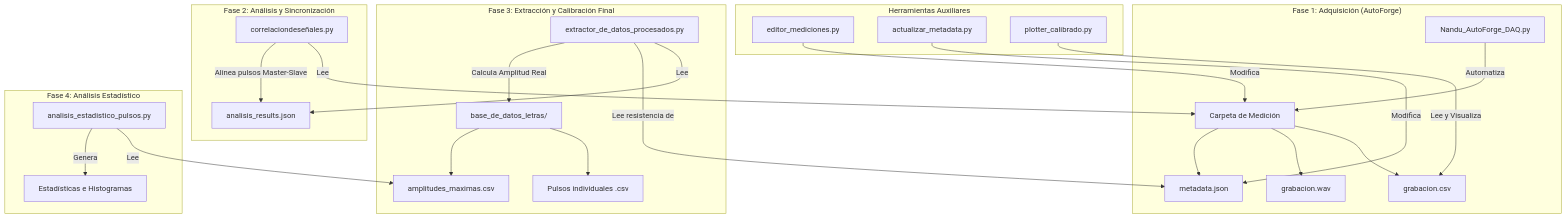
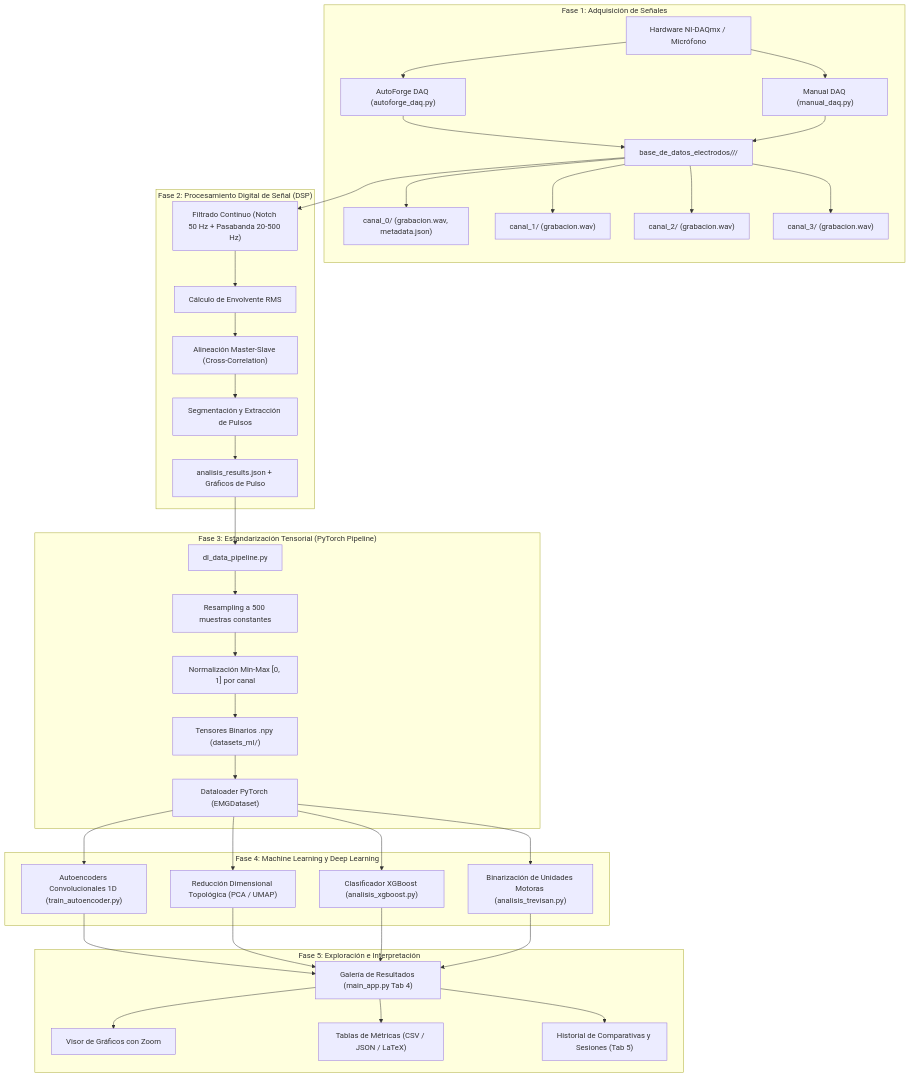
Before and after one commit to santiagopradorodriguez/Nandu_SistemadeAdqusicionEMG: the diagram in README.md, drawn with Mermaid. The commit also changed other lines of this file and 183 other files, not shown here.

````diff
--- a/README.md
+++ b/README.md
@@ -96,33 +103,46 @@
 ```mermaid
 graph TD
-    subgraph Fase1 ["Fase 1: Adquisición (AutoForge)"]
-        A["Nandu_AutoForge_DAQ.py"] -->|Automatiza| B["Carpeta de Medición"]
-        B --> B1["grabacion.csv"]
-        B --> B2["grabacion.wav"]
-        B --> B3["metadata.json"]
+    subgraph Fase1 ["Fase 1: Adquisición de Señales"]
+        A["Hardware NI-DAQmx / Micrófono"] --> B["AutoForge DAQ (autoforge_daq.py)"]
+        A --> C["Manual DAQ (manual_daq.py)"]
+        B --> D["base_de_datos_electrodos/<Fecha>/<Sesión>/"]
+        C --> D
+        D --> D0["canal_0/ (grabacion.wav, metadata.json)"]
+        D --> D1["canal_1/ (grabacion.wav)"]
+        D --> D2["canal_2/ (grabacion.wav)"]
+        D --> D3["canal_3/ (grabacion.wav)"]
     end
 
-    subgraph Fase2 ["Fase 2: Análisis y Sincronización"]
-        C["correlaciondeseñales.py"] -->|Lee| B
-        C -->|Alinea pulsos Master-Slave| D["analisis_results.json"]
+    subgraph Fase2 ["Fase 2: Procesamiento Digital de Señal (DSP)"]
+        D --> E["Filtrado Continuo (Notch 50 Hz + Pasabanda 20-500 Hz)"]
+        E --> F["Cálculo de Envolvente RMS"]
+        F --> G["Alineación Master-Slave (Cross-Correlation)"]
+        G --> H["Segmentación y Extracción de Pulsos"]
+        H --> I["analisis_results.json + Gráficos de Pulso"]
     end
 
-    subgraph Fase3 ["Fase 3: Extracción y Calibración Final"]
-        E["extractor_de_datos_procesados.py"] -->|Lee| D
-        E -->|Lee resistencia de| B3
-        E -->|Calcula Amplitud Real| F["base_de_datos_letras/"]
-        F --> F1["Pulsos individuales .csv"]
-        F --> F2["amplitudes_maximas.csv"]
+    subgraph Fase3 ["Fase 3: Estandarización Tensorial (PyTorch Pipeline)"]
+        I --> J["dl_data_pipeline.py"]
+        J --> K["Resampling a 500 muestras constantes"]
+        K --> L["Normalización Min-Max [0, 1] por canal"]
+        L --> M["Tensores Binarios .npy (datasets_ml/)"]
+        M --> N["Dataloader PyTorch (EMGDataset)"]
     end
 
-    subgraph Fase4 ["Fase 4: Análisis Estadístico"]
-        G["analisis_estadistico_pulsos.py"] -->|Lee| F2
-        G -->|Genera| H["Estadísticas e Histogramas"]
+    subgraph Fase4 ["Fase 4: Machine Learning y Deep Learning"]
+        N --> O["Autoencoders Convolucionales 1D (train_autoencoder.py)"]
+        N --> P["Reducción Dimensional Topológica (PCA / UMAP)"]
+        N --> Q["Clasificador XGBoost (analisis_xgboost.py)"]
+        N --> R["Binarización de Unidades Motoras (analisis_trevisan.py)"]
     end
 
-    subgraph Aux ["Herramientas Auxiliares"]
-        I["editor_mediciones.py"] -->|Modifica| B
-        J["actualizar_metadata.py"] -->|Modifica| B3
-        K["plotter_calibrado.py"] -->|Lee y Visualiza| B1
+    subgraph Fase5 ["Fase 5: Exploración e Interpretación"]
+        O --> S["Galería de Resultados (main_app.py Tab 4)"]
+        P --> S
+        Q --> S
+        R --> S
+        S --> T["Visor de Gráficos con Zoom"]
+        S --> U["Tablas de Métricas (CSV / JSON / LaTeX)"]
+        S --> V["Historial de Comparativas y Sesiones (Tab 5)"]
     end
 ```
````
